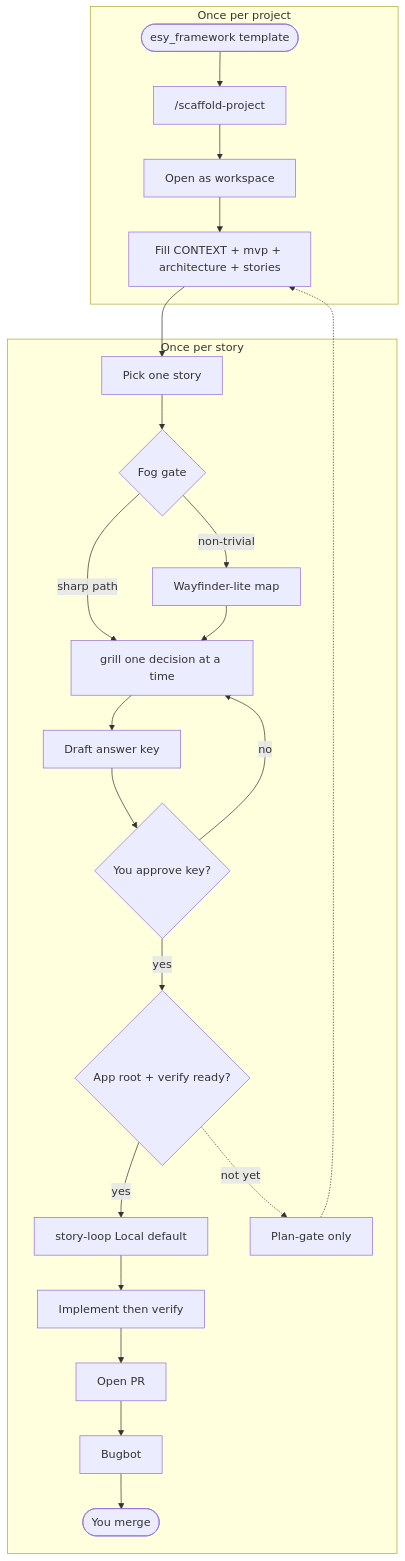
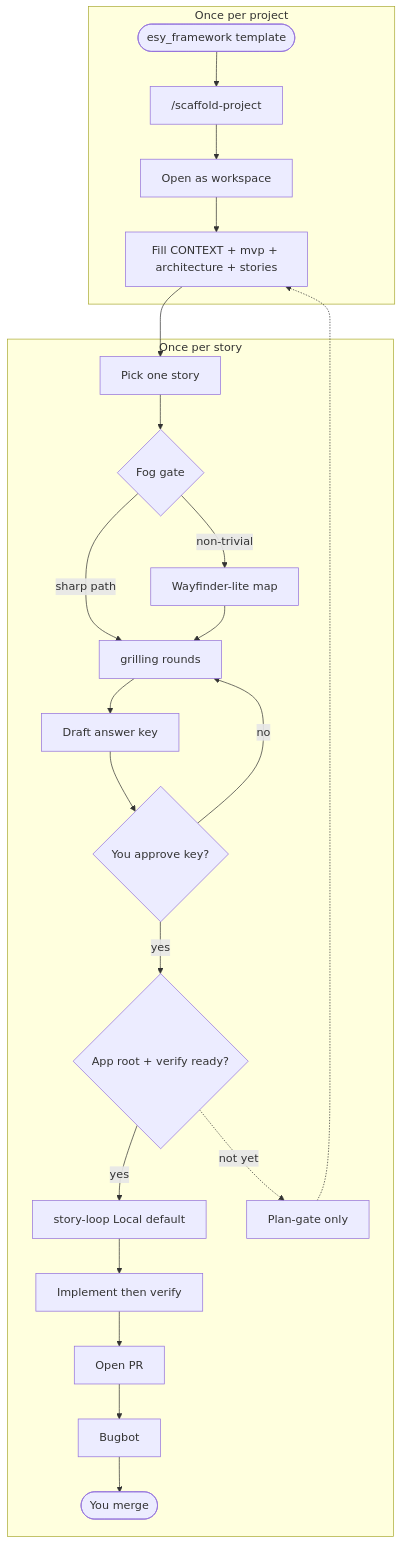
Before and after one commit to fukephp/esy_framework: the diagram in docs/diagrams/lifecycle.md, drawn with Mermaid. The commit also changed other lines of this file and 23 other files, not shown here.

````diff
--- a/docs/diagrams/lifecycle.md
+++ b/docs/diagrams/lifecycle.md
@@ -7,27 +7,27 @@
 ```mermaid
 flowchart TD
   subgraph oncePerProject [Once per project]
     start([esy_framework template]) --> scaffold["/scaffold-project"]
     scaffold --> open[Open as workspace]
     open --> lock["Fill CONTEXT + mvp + architecture + stories"]
   end
 
   subgraph oncePerStory [Once per story]
     pick[Pick one story] --> fog{Fog gate}
     fog -->|non-trivial| map[Wayfinder-lite map]
     fog -->|sharp path| grill
-    map --> grill[grill one decision at a time]
+    map --> grill[grilling rounds]
     grill --> key[Draft answer key]
     key --> approve{You approve key?}
     approve -->|no| grill
     approve -->|yes| verify{App root + verify ready?}
     verify -->|yes| loop[story-loop Local default]
     loop --> impl[Implement then verify]
     impl --> pr[Open PR]
     pr --> bugbot[Bugbot]
     bugbot --> merge([You merge])
     verify -.->|not yet| planOnly[Plan-gate only]
     planOnly -.-> lock
     lock --> pick
   end
 ```
````
